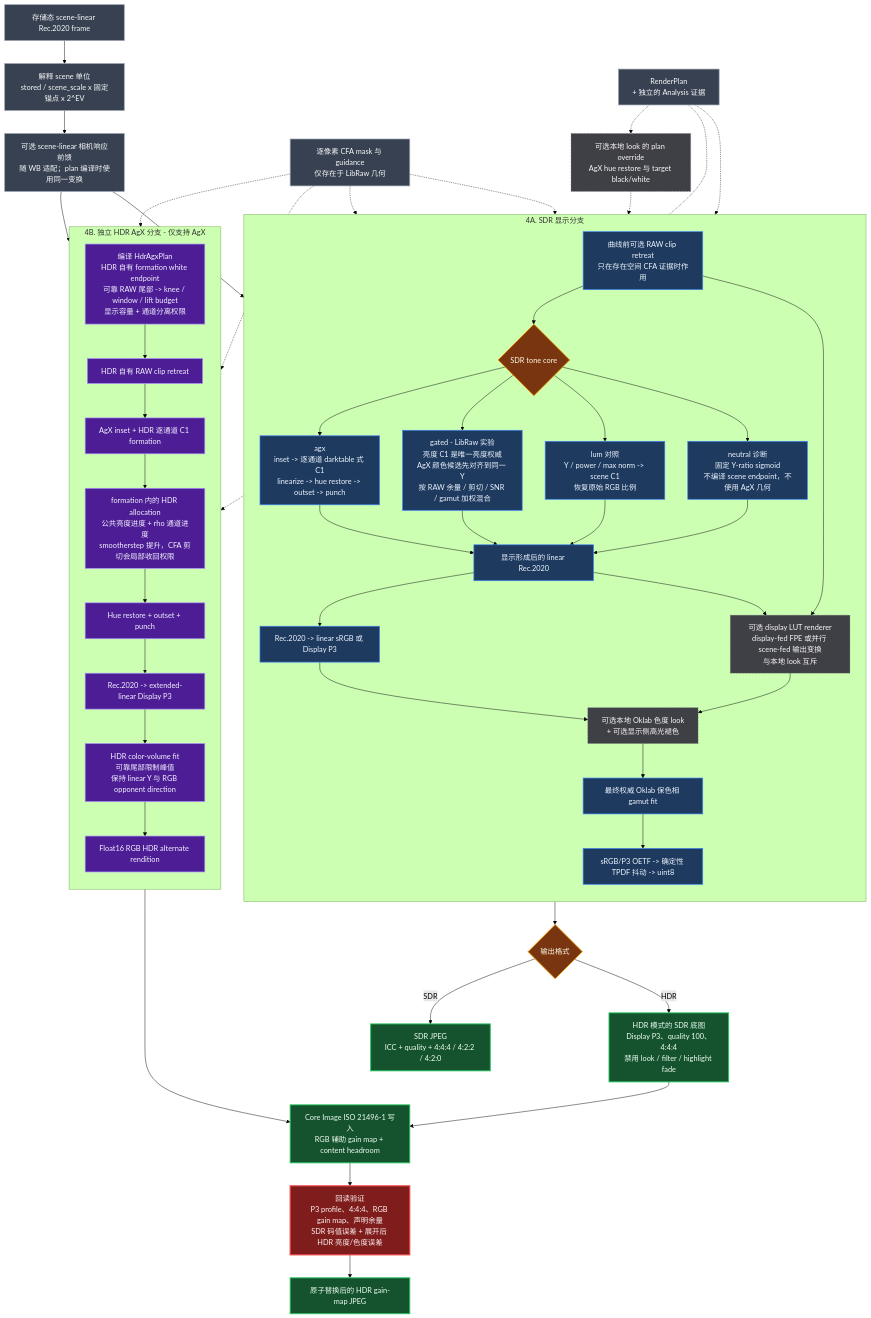
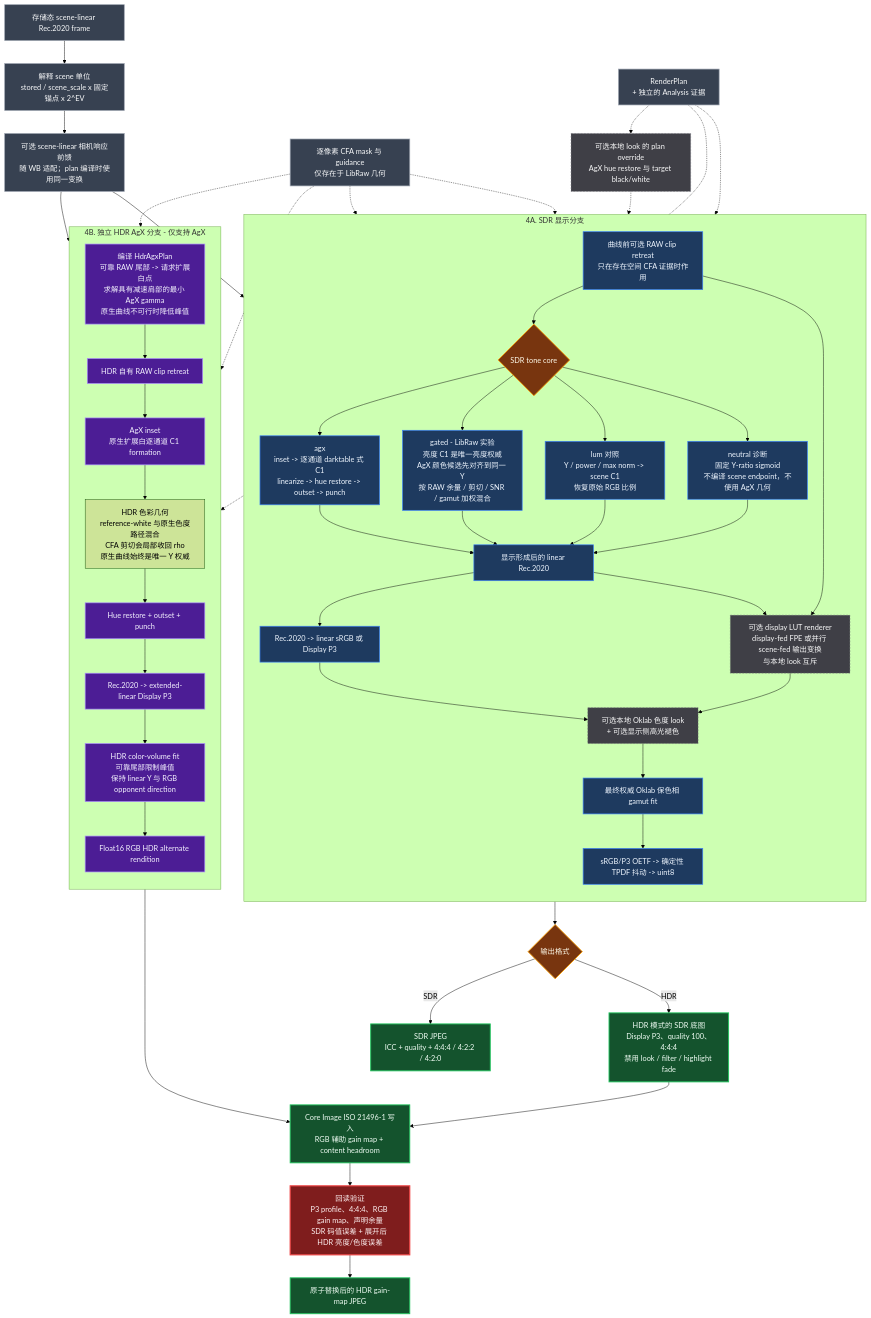
One commit to deadwood1998/dngscan changed the second of 2 diagrams in README.zh-CN.md. Above: the diagram before and after it, drawn with Mermaid (forest theme). The commit also changed other lines of this file and 24 other files, not shown here.

```diff
--- a/README.zh-CN.md
+++ b/README.zh-CN.md
@@ -182,16 +182,16 @@
 
     subgraph HDR["4B. 独立 HDR AgX 分支 - 仅支持 AgX"]
         direction TB
-        HDRPLAN["编译 HdrAgxPlan<br/>HDR 自有 formation white endpoint<br/>可靠 RAW 尾部 -> knee / window / lift budget<br/>显示容量 + 通道分离权限"]
+        HDRPLAN["编译 HdrAgxPlan<br/>可靠 RAW 尾部 -> 请求扩展白点<br/>求解具有减速肩部的最小 AgX gamma<br/>原生曲线不可行时降低峰值"]
         HRETREAT["HDR 自有 RAW clip retreat"]
-        HINSET["AgX inset + HDR 逐通道 C1 formation"]
-        LIFT["formation 内的 HDR allocation<br/>公共亮度进度 + rho 通道进度<br/>smootherstep 提升，CFA 剪切会局部收回权限"]
+        HINSET["AgX inset<br/>原生扩展白逐通道 C1 formation"]
+        PATH["HDR 色彩几何<br/>reference-white 与原生色度路径混合<br/>CFA 剪切会局部收回 rho<br/>原生曲线始终是唯一 Y 权威"]
         HFINISH["Hue restore + outset + punch"]
         HP3["Rec.2020 -> extended-linear Display P3"]
         HVOLUME["HDR color-volume fit<br/>可靠尾部限制峰值<br/>保持 linear Y 与 RGB opponent direction"]
         ALT["Float16 RGB HDR alternate rendition"]
 
-        HDRPLAN --> HRETREAT --> HINSET --> LIFT --> HFINISH --> HP3 --> HVOLUME --> ALT
+        HDRPLAN --> HRETREAT --> HINSET --> PATH --> HFINISH --> HP3 --> HVOLUME --> ALT
     end
 
     PREFEED --> RETREAT
@@ -204,7 +204,7 @@
     MASKS -.-> RETREAT
     MASKS -.-> GATED
     MASKS -.-> HRETREAT
-    MASKS -.-> LIFT
+    MASKS -.-> PATH
 
     ENCODE --> FORMAT{"输出格式"}
     FORMAT -->|SDR| SDRJPEG["SDR JPEG<br/>ICC + quality + 4:4:4 / 4:2:2 / 4:2:0"]
```
